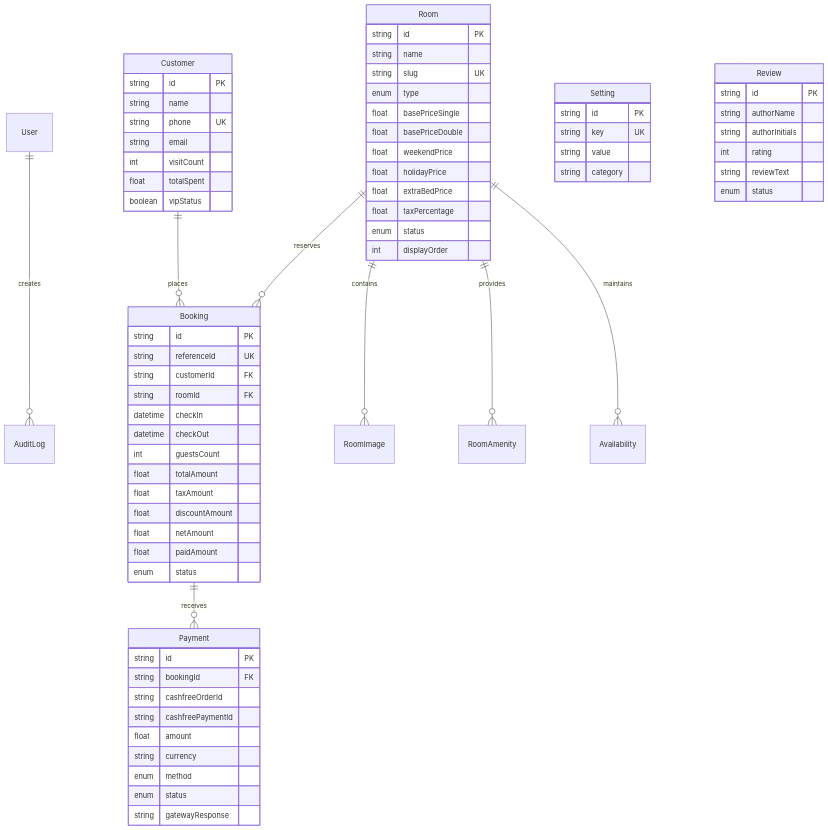
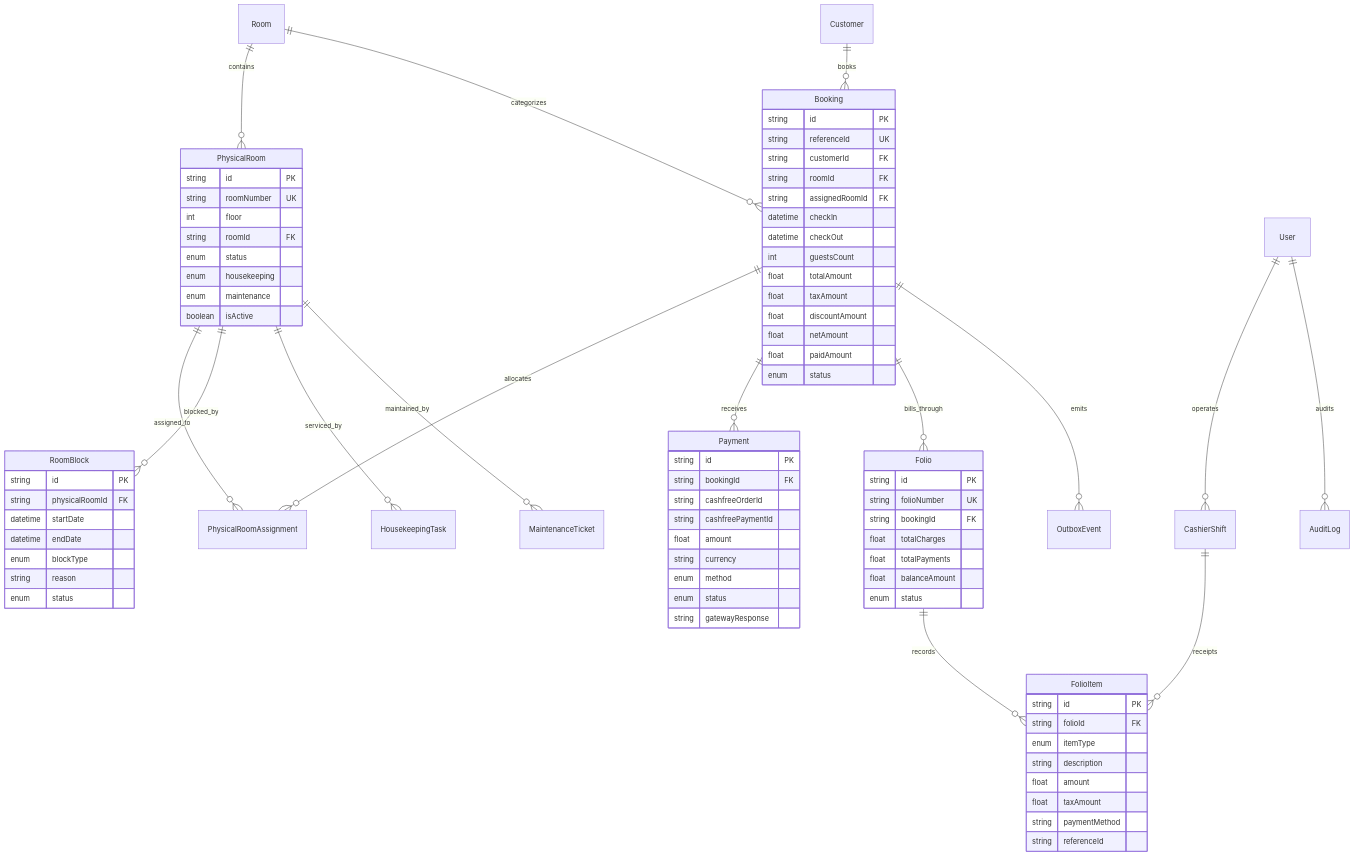
One commit to Mrinal98-py/hotelrajhansinternational changed the second of 4 diagrams in HOTEL_HMS_ARCHITECTURE_AND_BUSINESS_LOGIC.md. Above: the diagram before and after it, drawn with Mermaid. The commit also changed other lines of this file, not shown here.

Commit message:
docs: update HMS architecture and business logic to v0.2.0 structure

````diff
--- a/HOTEL_HMS_ARCHITECTURE_AND_BUSINESS_LOGIC.md
+++ b/HOTEL_HMS_ARCHITECTURE_AND_BUSINESS_LOGIC.md
@@ -171,36 +253,32 @@
 ```mermaid
 erDiagram
-    User ||--o{ AuditLog : creates
-    Customer ||--o{ Booking : places
-    Room ||--o{ Booking : reserves
-    Room ||--o{ RoomImage : contains
-    Room ||--o{ RoomAmenity : provides
-    Room ||--o{ Availability : maintains
+    Room ||--o{ PhysicalRoom : contains
+    PhysicalRoom ||--o{ PhysicalRoomAssignment : assigned_to
+    PhysicalRoom ||--o{ RoomBlock : blocked_by
+    PhysicalRoom ||--o{ HousekeepingTask : serviced_by
+    PhysicalRoom ||--o{ MaintenanceTicket : maintained_by
+
+    Customer ||--o{ Booking : books
+    Room ||--o{ Booking : categorizes
+    Booking ||--o{ PhysicalRoomAssignment : allocates
     Booking ||--o{ Payment : receives
+    Booking ||--o{ Folio : bills_through
+    Booking ||--o{ OutboxEvent : emits
 
-    Room {
+    Folio ||--o{ FolioItem : records
+    User ||--o{ CashierShift : operates
+    CashierShift ||--o{ FolioItem : receipts
+    User ||--o{ AuditLog : audits
+
+    PhysicalRoom {
         string id PK
-        string name
-        string slug UK
-        enum type
-        float basePriceSingle
-        float basePriceDouble
-        float weekendPrice
-        float holidayPrice
-        float extraBedPrice
-        float taxPercentage
+        string roomNumber UK
+        int floor
+        string roomId FK
         enum status
-        int displayOrder
-    }
-
-    Customer {
-        string id PK
-        string name
-        string phone UK
-        string email
-        int visitCount
-        float totalSpent
-        boolean vipStatus
+        enum housekeeping
+        enum maintenance
+        boolean isActive
     }
 
     Booking {
@@ -208,6 +286,7 @@
         string referenceId UK
         string customerId FK
         string roomId FK
+        string assignedRoomId FK
         datetime checkIn
         datetime checkOut
         int guestsCount
@@ -216,6 +295,37 @@
         float discountAmount
         float netAmount
         float paidAmount
+        enum status
+    }
+
+    Folio {
+        string id PK
+        string folioNumber UK
+        string bookingId FK
+        float totalCharges
+        float totalPayments
+        float balanceAmount
+        enum status
+    }
+
+    FolioItem {
+        string id PK
+        string folioId FK
+        enum itemType
+        string description
+        float amount
+        float taxAmount
+        string paymentMethod
+        string referenceId
+    }
+
+    RoomBlock {
+        string id PK
+        string physicalRoomId FK
+        datetime startDate
+        datetime endDate
+        enum blockType
+        string reason
         enum status
     }
 
@@ -230,20 +340,4 @@
         enum status
         string gatewayResponse
     }
-
-    Setting {
-        string id PK
-        string key UK
-        string value
-        string category
-    }
-
-    Review {
-        string id PK
-        string authorName
-        string authorInitials
-        int rating
-        string reviewText
-        enum status
-    }
 ```
````
